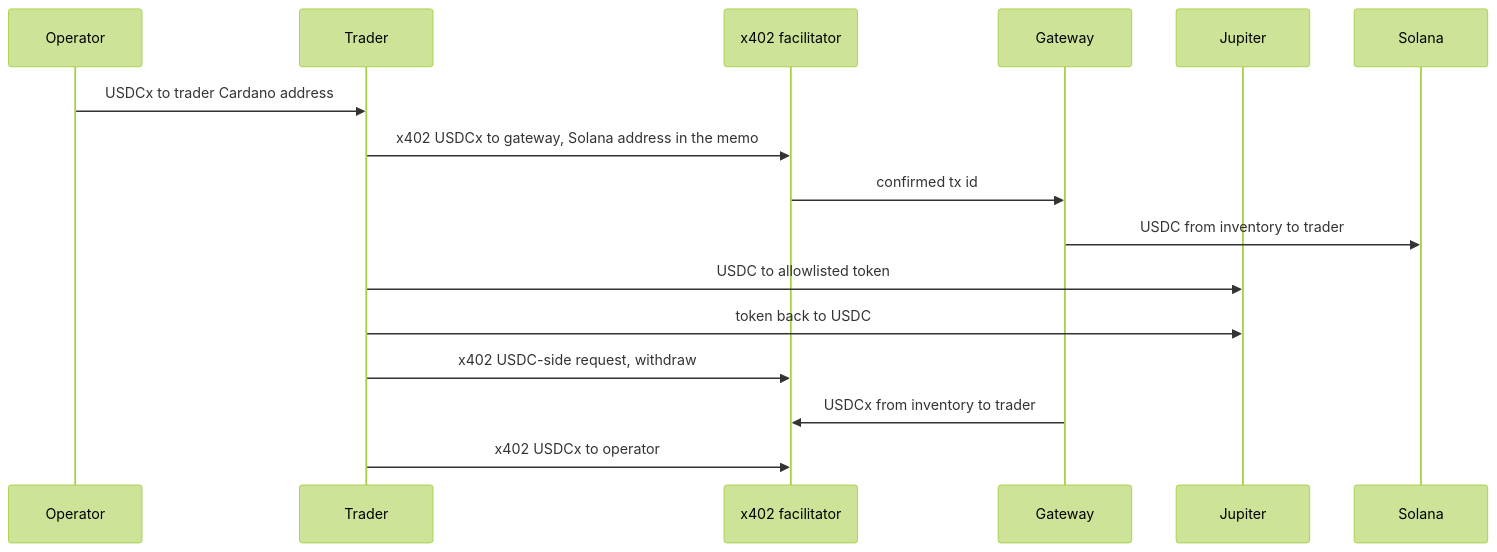
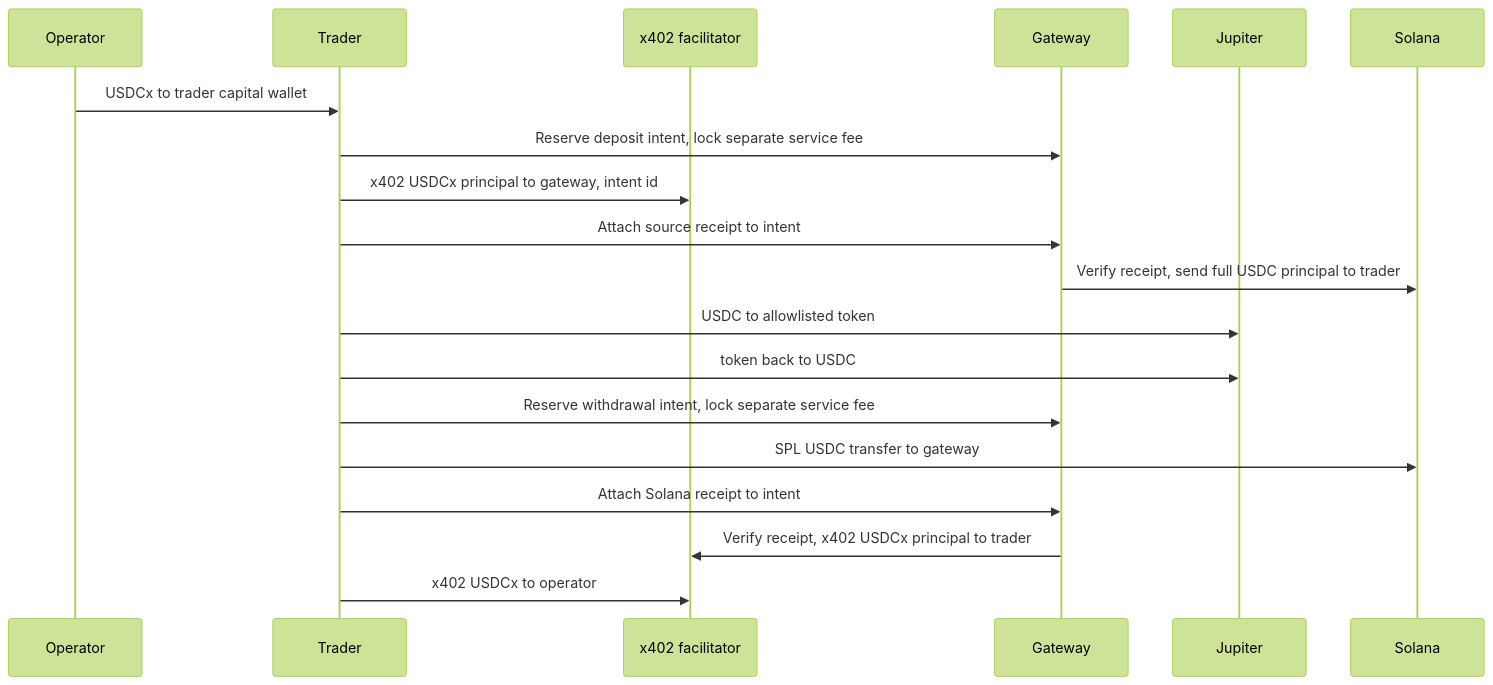
The second of 2 diagrams in docs/ARCHITECTURE.md (littlewhywhat/hedge-agents), drawn with Mermaid (forest theme) before and after one commit. The commit also changed other lines of this file and 90 other files, not shown here.

````diff
--- a/docs/ARCHITECTURE.md
+++ b/docs/ARCHITECTURE.md
@@ -171,19 +185,22 @@
 ```mermaid
 sequenceDiagram
   participant Op as Operator
   participant Tr as Trader
   participant Fac as x402 facilitator
   participant Gw as Gateway
   participant Jup as Jupiter
   participant Sol as Solana
 
-  Op->>Tr: USDCx to trader Cardano address
-  Tr->>Fac: x402 USDCx to gateway, Solana address in the memo
-  Fac->>Gw: confirmed tx id
-  Gw->>Sol: USDC from inventory to trader
+  Op->>Tr: USDCx to trader capital wallet
+  Tr->>Gw: Reserve deposit intent, lock separate service fee
+  Tr->>Fac: x402 USDCx principal to gateway, intent id
+  Tr->>Gw: Attach source receipt to intent
+  Gw->>Sol: Verify receipt, send full USDC principal to trader
   Tr->>Jup: USDC to allowlisted token
   Tr->>Jup: token back to USDC
-  Tr->>Fac: x402 USDC-side request, withdraw
-  Gw->>Fac: USDCx from inventory to trader
+  Tr->>Gw: Reserve withdrawal intent, lock separate service fee
+  Tr->>Sol: SPL USDC transfer to gateway
+  Tr->>Gw: Attach Solana receipt to intent
+  Gw->>Fac: Verify receipt, x402 USDCx principal to trader
   Tr->>Fac: x402 USDCx to operator
 ```
````
